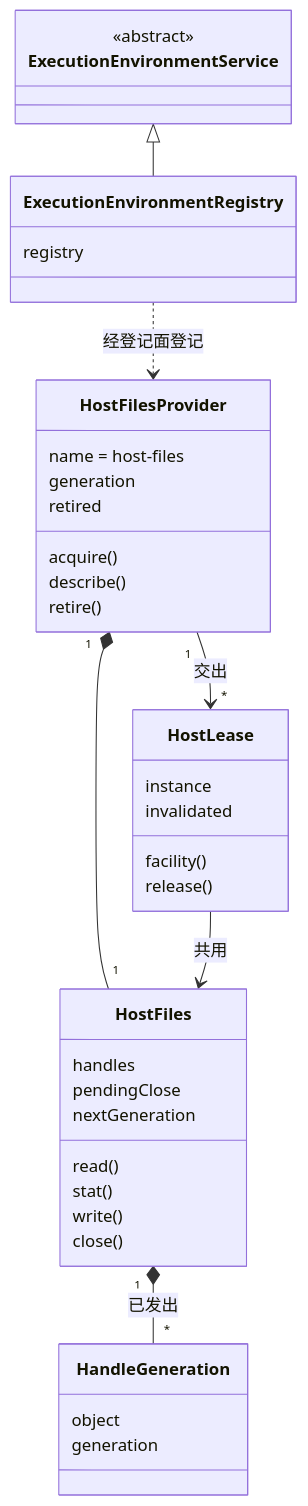
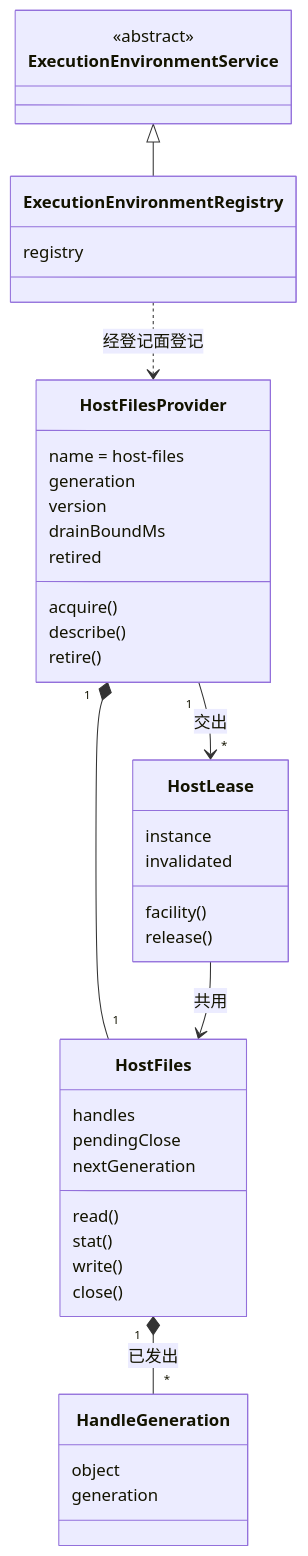
One commit to nemori-ai/omne-harness-lite changed the diagram in packages/execution/execution-environment-host-local/docs/object-model.md. Above: the diagram before and after it, drawn with Mermaid. The commit also changed other lines of this file and 50 other files, not shown here.

````diff
--- a/packages/execution/execution-environment-host-local/docs/object-model.md
+++ b/packages/execution/execution-environment-host-local/docs/object-model.md
@@ -18,42 +19,44 @@
 ```mermaid
 classDiagram
   class ExecutionEnvironmentService {
     <<abstract>>
   }
   class ExecutionEnvironmentRegistry {
     registry
   }
   class HostFilesProvider {
     name = host-files
     generation
+    version
+    drainBoundMs
     retired
     acquire()
     describe()
     retire()
   }
   class HostLease {
     instance
     invalidated
     facility()
     release()
   }
   class HostFiles {
     handles
     pendingClose
     nextGeneration
     read()
     stat()
     write()
     close()
   }
   class HandleGeneration {
     object
     generation
   }
   ExecutionEnvironmentService <|-- ExecutionEnvironmentRegistry
   ExecutionEnvironmentRegistry ..> HostFilesProvider : 经登记面登记
   HostFilesProvider "1" *-- "1" HostFiles
   HostFilesProvider "1" --> "*" HostLease : 交出
   HostLease --> HostFiles : 共用
   HostFiles "1" *-- "*" HandleGeneration : 已发出
 ```
````
